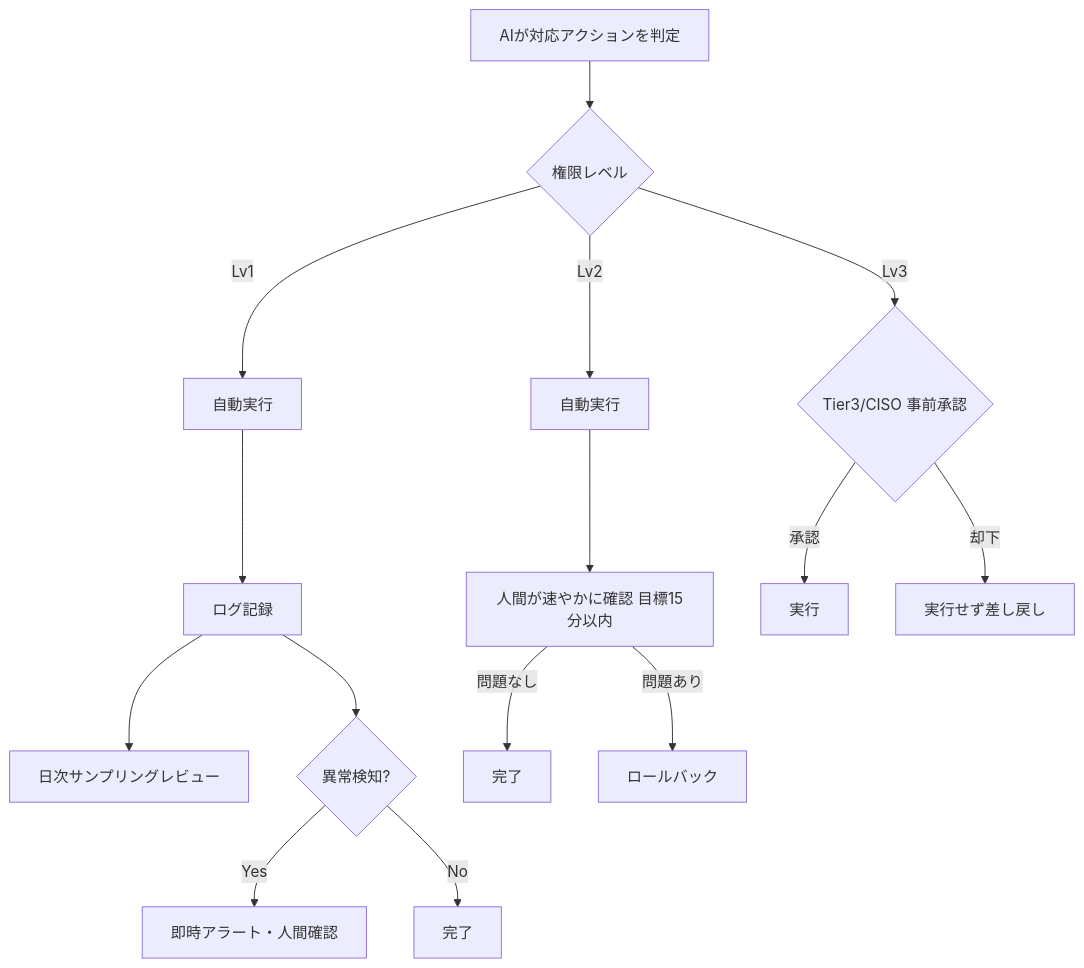
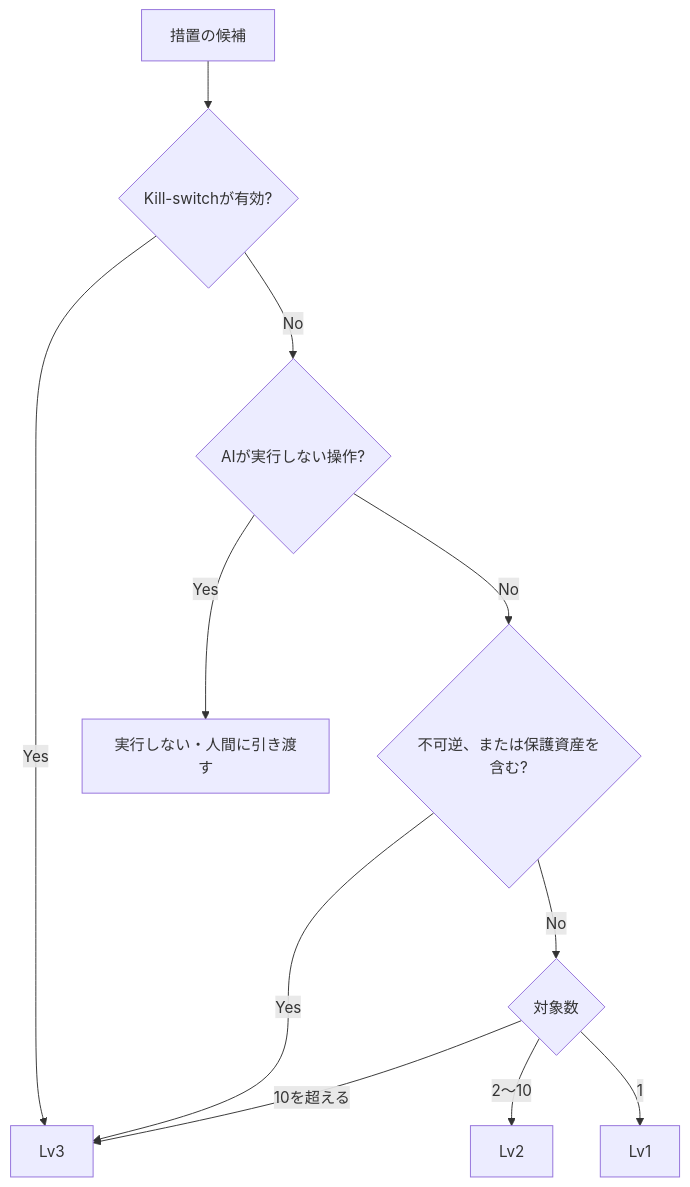
Before and after one commit to Okusan818/agentic-ai-soc-csirt-sample: the diagram in 02-agentic-ai/02-02-authority-levels.md, drawn with Mermaid. The commit also changed other lines of this file and 20 other files, not shown here.

````diff
--- a/02-agentic-ai/02-02-authority-levels.md
+++ b/02-agentic-ai/02-02-authority-levels.md
@@ -21,19 +23,13 @@
 ```mermaid
 flowchart TD
-    Start[AIが対応アクションを判定] --> Lv{権限レベル}
-    Lv -->|Lv1| Auto[自動実行]
-    Auto --> Log1[ログ記録]
-    Log1 --> Sample[日次サンプリングレビュー]
-    Log1 --> Anomaly{異常検知?}
-    Anomaly -->|Yes| Alert[即時アラート・人間確認]
-    Anomaly -->|No| End1[完了]
-
-    Lv -->|Lv2| Auto2[自動実行]
-    Auto2 --> Review2[人間が速やかに確認 目標15分以内]
-    Review2 -->|問題なし| End2[完了]
-    Review2 -->|問題あり| Rollback[ロールバック]
-
-    Lv -->|Lv3| Approve3{Tier3/CISO 事前承認}
-    Approve3 -->|承認| Exec3[実行]
-    Approve3 -->|却下| Reject[実行せず差し戻し]
+    A[措置の候補] --> K{Kill-switchが有効?}
+    K -->|Yes| L3[Lv3]
+    K -->|No| N{AIが実行しない操作?}
+    N -->|Yes| X[実行しない・人間に引き渡す]
+    N -->|No| P{不可逆、または保護資産を含む?}
+    P -->|Yes| L3
+    P -->|No| C{対象数}
+    C -->|10を超える| L3
+    C -->|2〜10| L2[Lv2]
+    C -->|1| L1[Lv1]
 ```
````
